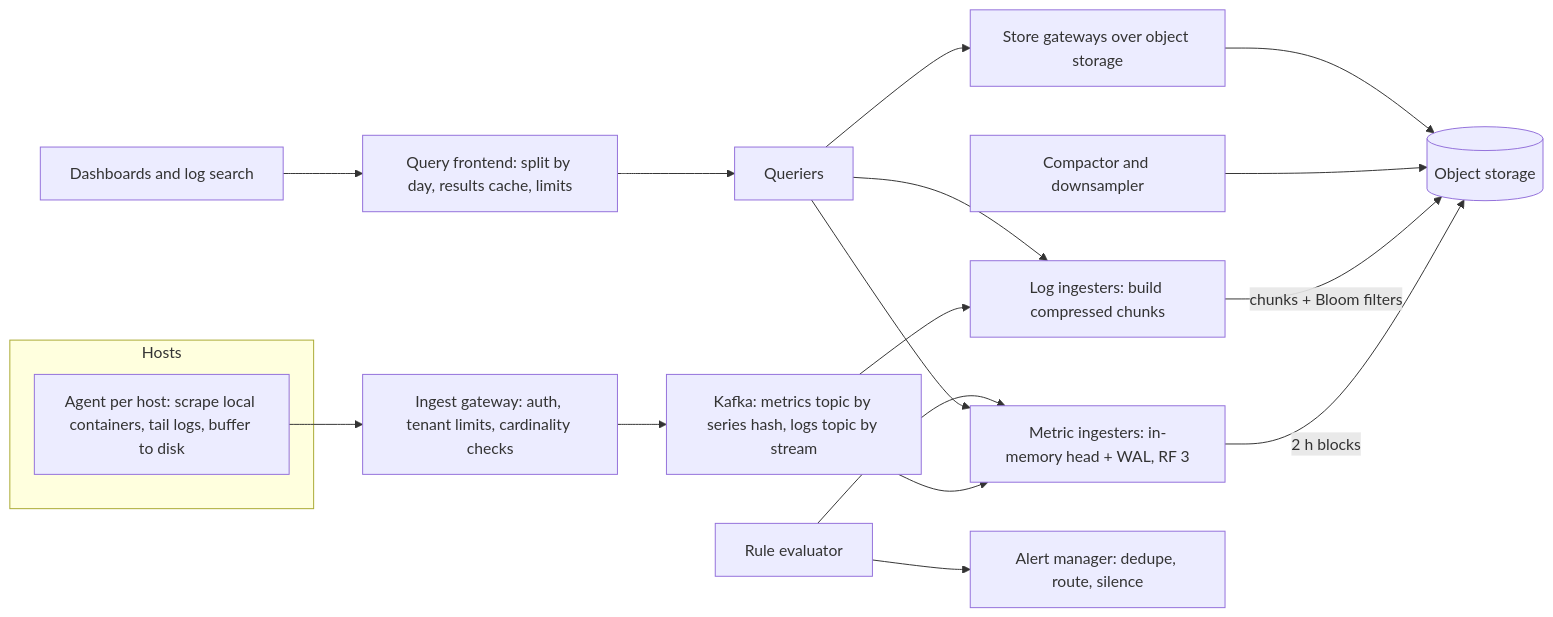
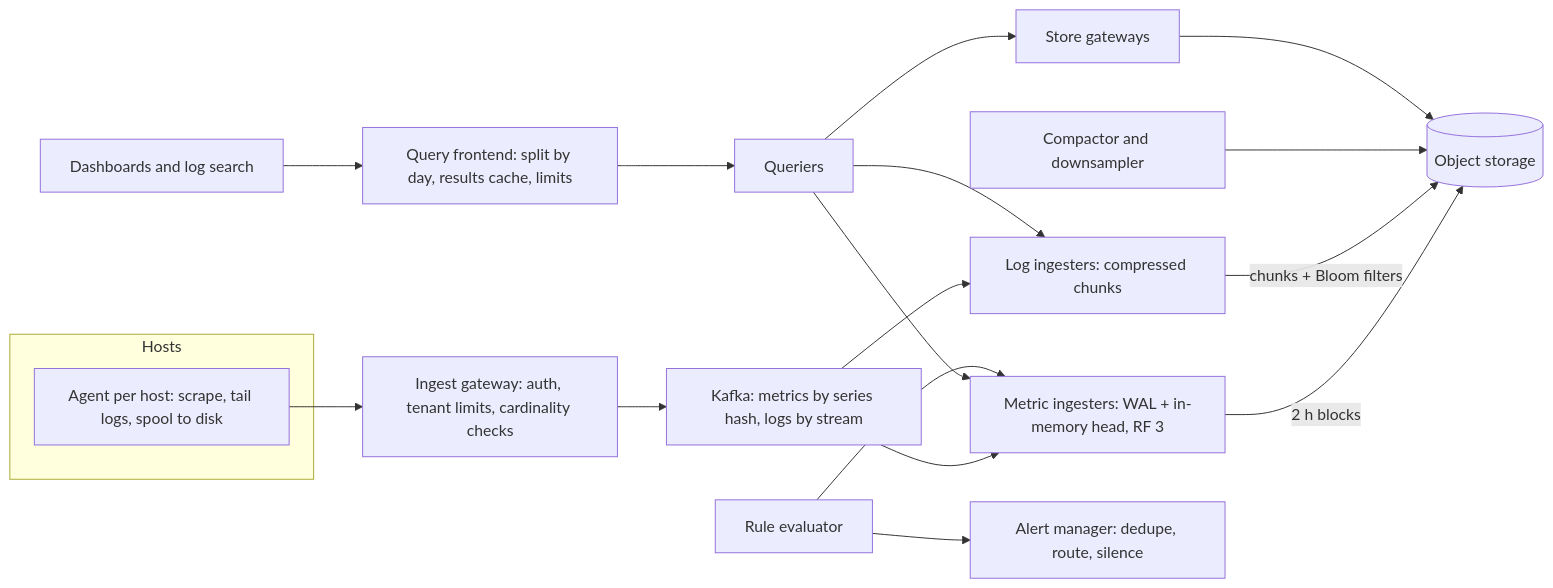
One commit to thull32/ascend changed the diagram in content/tracks/09-system-design/03-case-studies/13-metrics-and-logging-platform.md. Above: the diagram before and after it, drawn with Mermaid. The commit also changed other lines of this file and 9 other files, not shown here.

````diff
--- a/content/tracks/09-system-design/03-case-studies/13-metrics-and-logging-platform.md
+++ b/content/tracks/09-system-design/03-case-studies/13-metrics-and-logging-platform.md
@@ -114,21 +108,21 @@
 ```mermaid
 flowchart LR
   subgraph Hosts
-    A["Agent per host: scrape local containers, tail logs, buffer to disk"]
+    A["Agent per host: scrape, tail logs, spool to disk"]
   end
   A --> G["Ingest gateway: auth, tenant limits, cardinality checks"]
-  G --> K["Kafka: metrics topic by series hash, logs topic by stream"]
-  K --> MI["Metric ingesters: in-memory head + WAL, RF 3"]
-  K --> LI["Log ingesters: build compressed chunks"]
+  G --> K["Kafka: metrics by series hash, logs by stream"]
+  K --> MI["Metric ingesters: WAL + in-memory head, RF 3"]
+  K --> LI["Log ingesters: compressed chunks"]
   MI -->|"2 h blocks"| OS[("Object storage")]
   LI -->|"chunks + Bloom filters"| OS
   C["Compactor and downsampler"] --> OS
   QF["Query frontend: split by day, results cache, limits"] --> Q["Queriers"]
   Q --> MI
-  Q --> SG["Store gateways over object storage"]
+  Q --> SG["Store gateways"]
   Q --> LI
   SG --> OS
   R["Rule evaluator"] --> MI
   R --> AM["Alert manager: dedupe, route, silence"]
   D["Dashboards and log search"] --> QF
 ```
````
